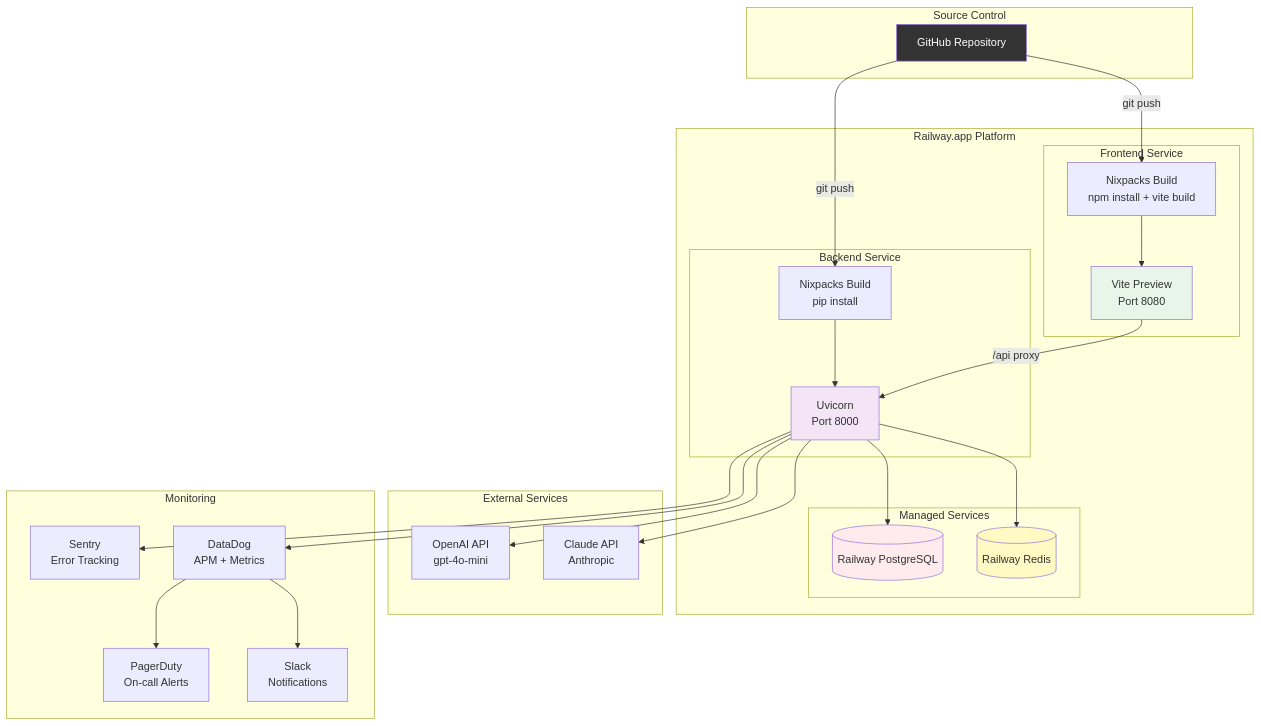
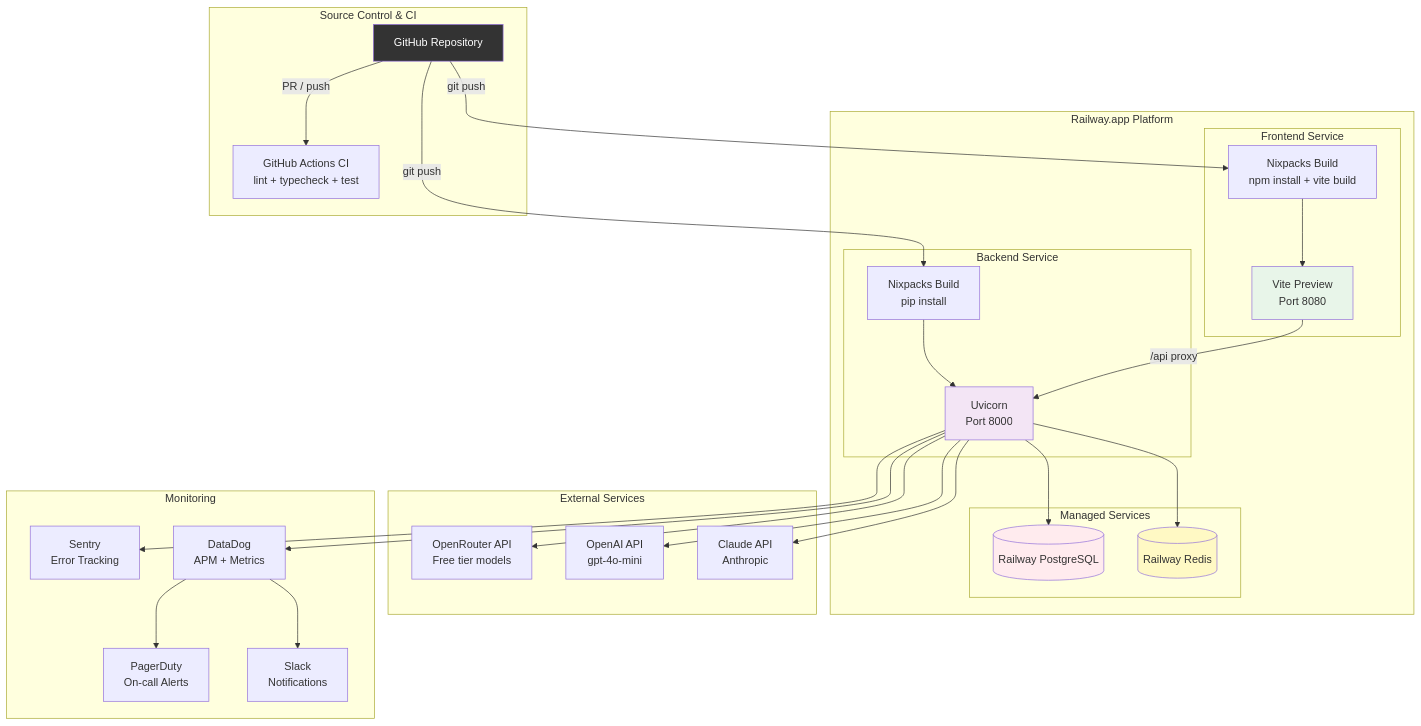
One commit to Rhoahndur/Treebeard changed the seventh of 11 diagrams in architecture.md. Above: the diagram before and after it, drawn with Mermaid. The commit also changed other lines of this file, not shown here.

Commit message:
update architecture doc

````diff
--- a/architecture.md
+++ b/architecture.md
@@ -540,59 +545,63 @@
 ```mermaid
 graph TB
     subgraph "Railway.app Platform"
         subgraph "Frontend Service"
             FE_BUILD[Nixpacks Build<br/>npm install + vite build]
             FE_SERVE[Vite Preview<br/>Port 8080]
         end
 
         subgraph "Backend Service"
             BE_BUILD[Nixpacks Build<br/>pip install]
             BE_SERVE[Uvicorn<br/>Port 8000]
         end
 
         subgraph "Managed Services"
             RW_PG[(Railway PostgreSQL)]
             RW_REDIS[(Railway Redis)]
         end
     end
 
     subgraph "External Services"
+        OPENROUTER_API[OpenRouter API<br/>Free tier models]
         OPENAI_API[OpenAI API<br/>gpt-4o-mini]
         CLAUDE_API[Claude API<br/>Anthropic]
     end
 
     subgraph "Monitoring"
         SENTRY[Sentry<br/>Error Tracking]
         DATADOG[DataDog<br/>APM + Metrics]
         PAGERDUTY[PagerDuty<br/>On-call Alerts]
         SLACK[Slack<br/>Notifications]
     end
 
-    subgraph "Source Control"
+    subgraph "Source Control & CI"
         GITHUB[GitHub Repository]
+        CI[GitHub Actions CI<br/>lint + typecheck + test]
     end
 
+    GITHUB -->|PR / push| CI
     GITHUB -->|git push| FE_BUILD
     GITHUB -->|git push| BE_BUILD
     FE_BUILD --> FE_SERVE
     BE_BUILD --> BE_SERVE
 
     FE_SERVE -->|/api proxy| BE_SERVE
 
     BE_SERVE --> RW_PG
     BE_SERVE --> RW_REDIS
 
+    BE_SERVE --> OPENROUTER_API
     BE_SERVE --> OPENAI_API
     BE_SERVE --> CLAUDE_API
 
     BE_SERVE --> SENTRY
     BE_SERVE --> DATADOG
     DATADOG --> PAGERDUTY
     DATADOG --> SLACK
 
     style FE_SERVE fill:#e8f5e9
     style BE_SERVE fill:#f3e5f5
     style RW_PG fill:#ffebee
     style RW_REDIS fill:#fff9c4
     style GITHUB fill:#333,color:#fff
 ```
````
